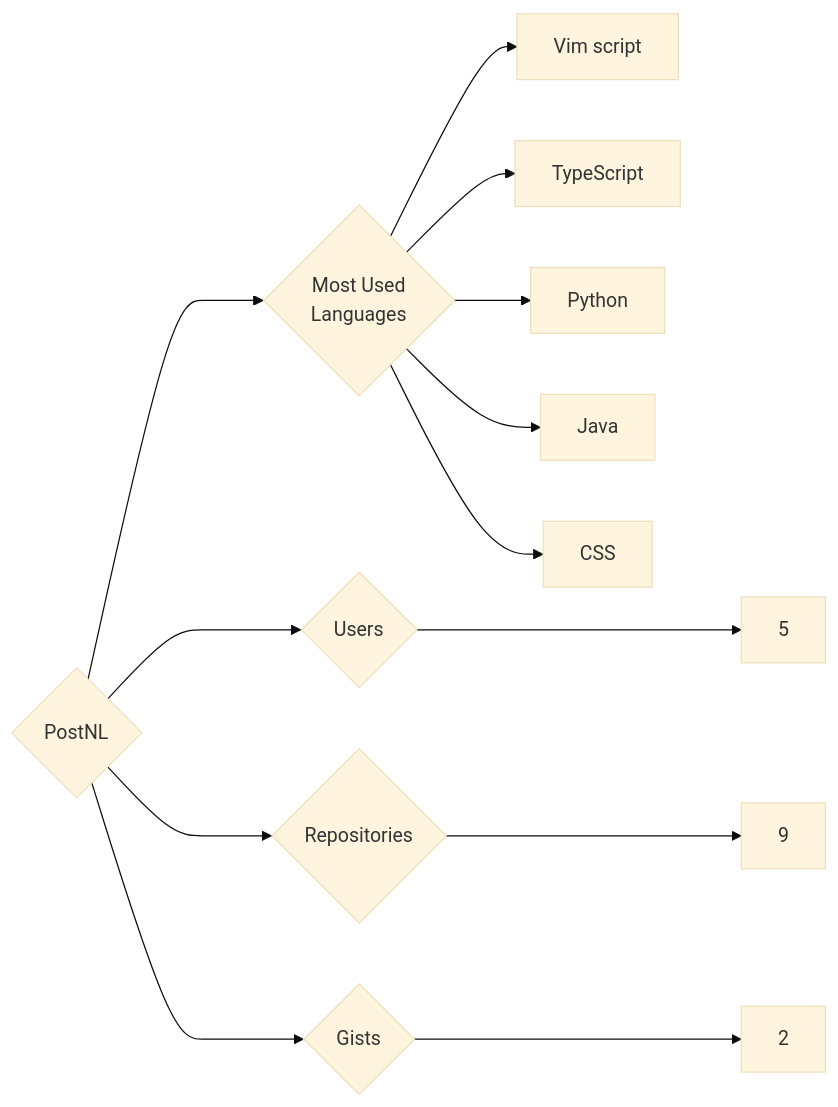
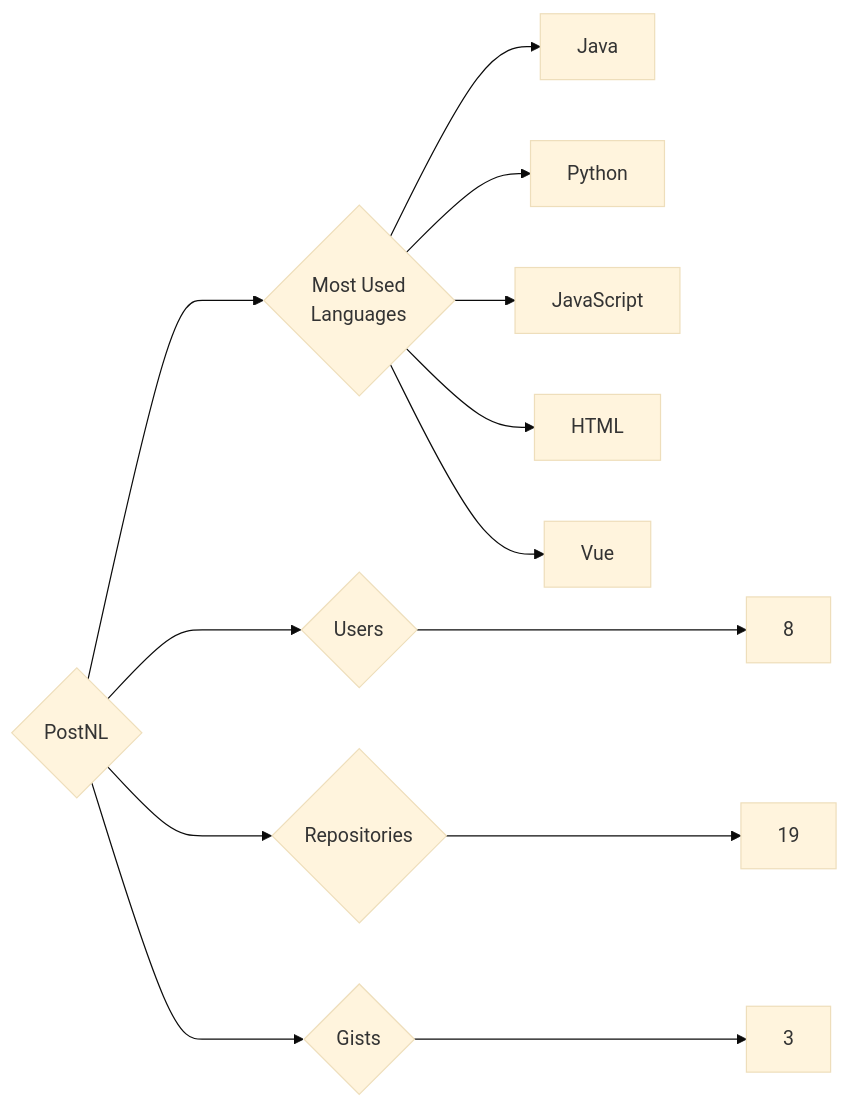
The diagram in targets/PostNL/README.md (trickest/insiders), drawn with Mermaid (base theme) before and after one commit. The commit also changed 1011 other files, not shown here.

````diff
--- a/targets/PostNL/README.md
+++ b/targets/PostNL/README.md
@@ -3,13 +3,13 @@
 ```mermaid
 graph LR
 COMPANY_NAME{PostNL}
-COMPANY_NAME ---> U{Users} ---> UN[5]
-COMPANY_NAME ---> R{Repositories} ---> RN[9]
-COMPANY_NAME ---> G{Gists} ---> GN[2]
+COMPANY_NAME ---> U{Users} ---> UN[8]
+COMPANY_NAME ---> R{Repositories} ---> RN[19]
+COMPANY_NAME ---> G{Gists} ---> GN[3]
 COMPANY_NAME ---> ML{Most Used<br>Languages}
-ML --> Vim_script[Vim script]
-ML --> TypeScript[TypeScript]
+ML --> Java[Java]
 ML --> Python[Python]
-ML --> Java[Java]
-ML --> CSS[CSS]
+ML --> JavaScript[JavaScript]
+ML --> HTML[HTML]
+ML --> Vue[Vue]
 ```
````
